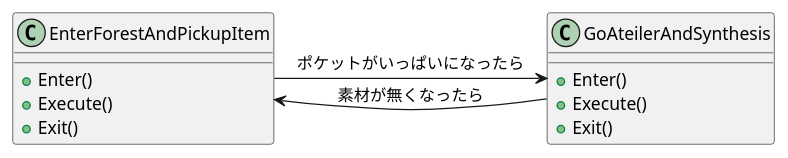
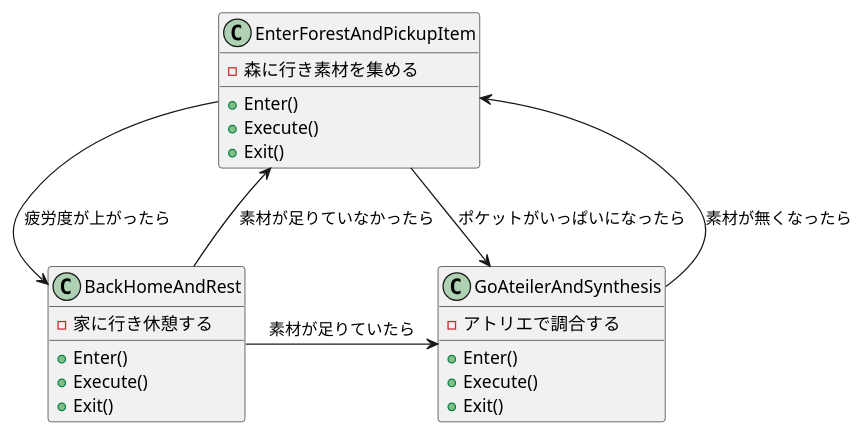
Before and after one commit to hobby-overflow/LearnFSM: the diagram in uml.pu, drawn with PlantUML.

Commit message:
Update uml.pu
add BackHomeAndRest

```diff
--- a/uml.pu
+++ b/uml.pu
@@ -1,25 +1,29 @@
 @startuml
 class EnterForestAndPickupItem{
     +Enter()
     +Execute()
     +Exit()
+    -森に行き素材を集める
 }
 class GoAteilerAndSynthesis{
     
     +Enter()
     +Execute()
     +Exit()
+    -アトリエで調合する
     
 }
-' class GoAteilerAndSynthesis
-' class Alchemist{
-'     - m_currentState: State
-'     - m_itemCount: int
-'     - m_gredientCount: int
-'     + ChangeState(): void
-' }
+class BackHomeAndRest{
+    +Enter()
+    +Execute()
+    +Exit()
+    -家に行き休憩する
 
+}
 EnterForestAndPickupItem-->GoAteilerAndSynthesis: ポケットがいっぱいになったら
+EnterForestAndPickupItem-->BackHomeAndRest: 疲労度が上がったら
 
 GoAteilerAndSynthesis->EnterForestAndPickupItem: 素材が無くなったら
+BackHomeAndRest-->EnterForestAndPickupItem: 素材が足りていなかったら
+BackHomeAndRest->GoAteilerAndSynthesis: 素材が足りていたら
 @enduml
```
